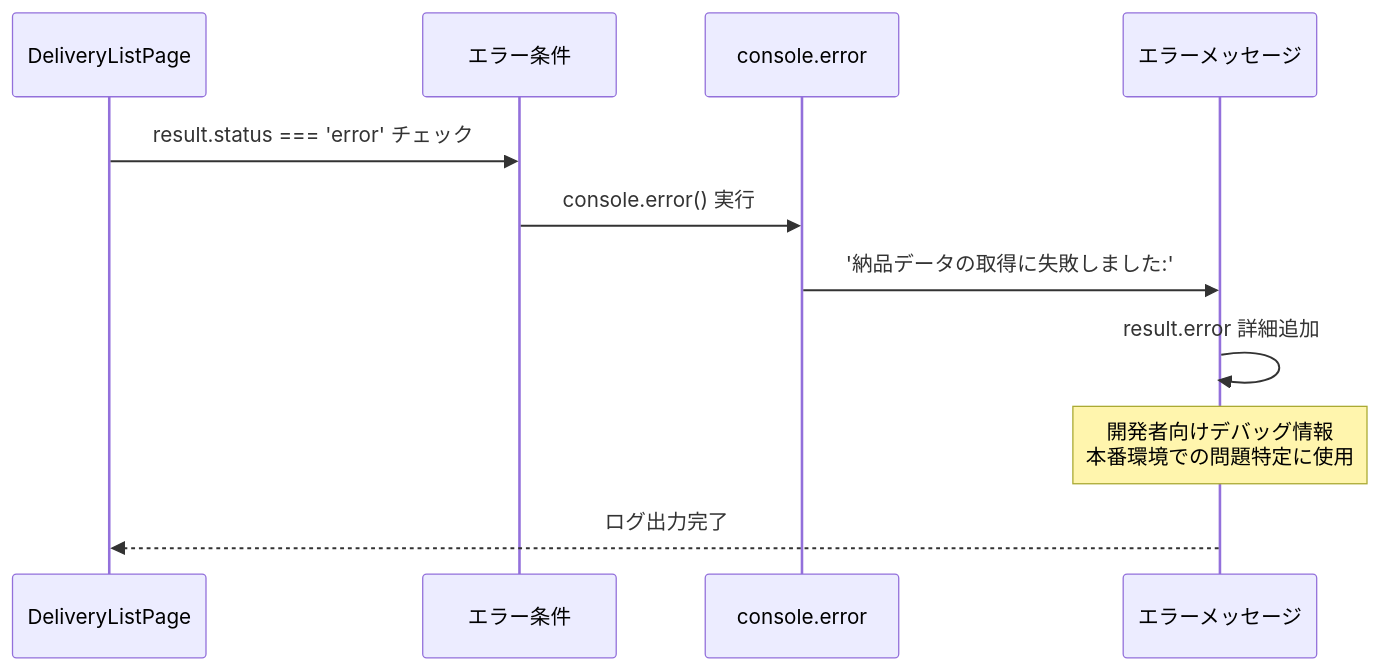
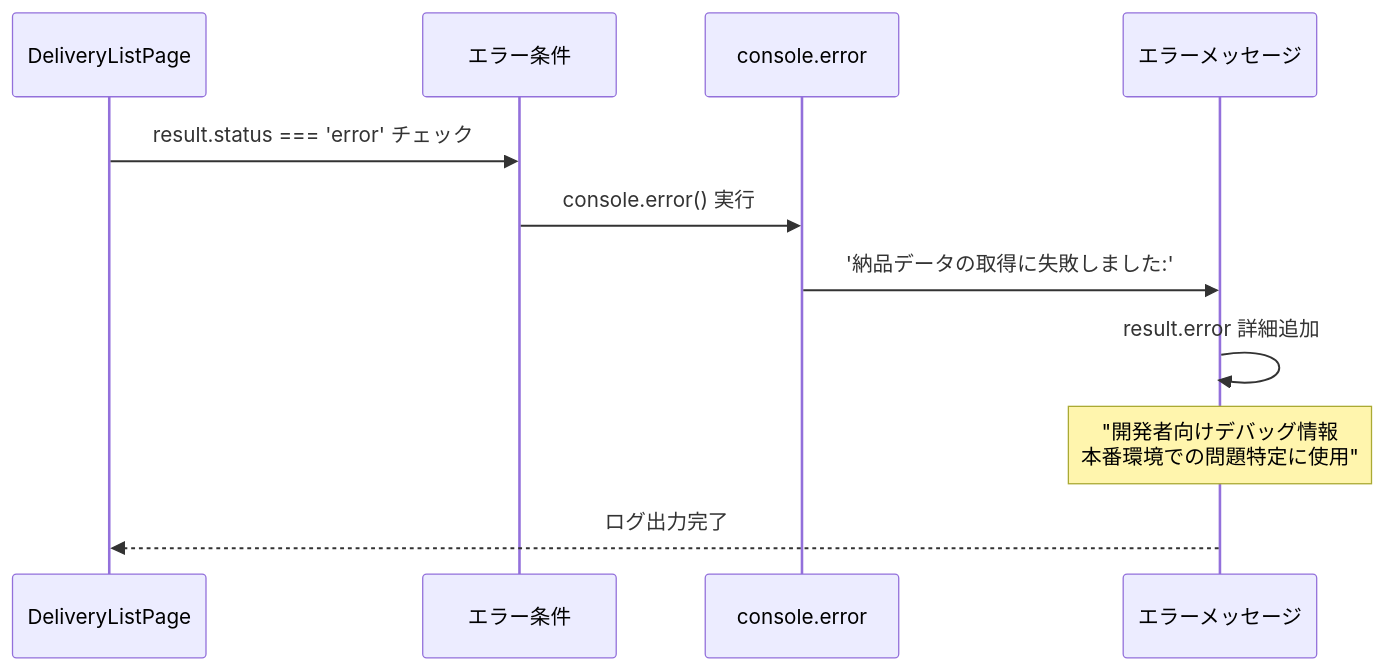
Before and after one commit to wasabi49/ocs-systemDevelopmentExercises: the tenth of 11 diagrams in document/pages/sequence/DeliveryList.md, drawn with Mermaid. The commit also changed other lines of this file and 42 other files, not shown here.

First line of the commit message:
fix: mermaidシーケンス図のNote over文でダブルクォーテーション不足を修正

````diff
--- a/document/pages/sequence/DeliveryList.md
+++ b/document/pages/sequence/DeliveryList.md
@@ -219,17 +219,17 @@
 ```mermaid
 sequenceDiagram
     participant Page as DeliveryListPage
     participant ErrorCondition as エラー条件
     participant Logger as console.error
     participant ErrorMessage as エラーメッセージ
 
     Page->>ErrorCondition: result.status === 'error' チェック
     
     ErrorCondition->>Logger: console.error() 実行
     Logger->>ErrorMessage: '納品データの取得に失敗しました:'
     ErrorMessage->>ErrorMessage: result.error 詳細追加
     
-    Note over ErrorMessage: 開発者向けデバッグ情報<br/>本番環境での問題特定に使用
+    Note over ErrorMessage: "開発者向けデバッグ情報<br/>本番環境での問題特定に使用"
     
     ErrorMessage-->>Page: ログ出力完了
 ```
````
